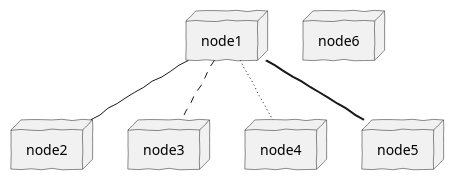
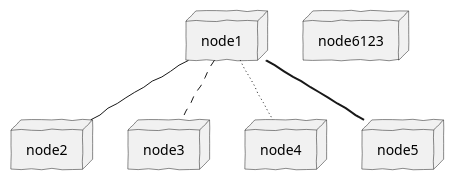
Before and after one commit to HugoFernandes2343/LAPR4_2017-2018: the diagram in docs/student-1133224/sp1/net.puml, drawn with PlantUML. The commit also changed 7 other files, not shown here.

Commit message:
Fixes incremental generation of puml diagrams.

```diff
--- a/docs/student-1133224/sp1/net.puml
+++ b/docs/student-1133224/sp1/net.puml
@@ -1,19 +1,19 @@
 @startuml net.png
 skinparam handwritten true
 skinparam monochrome true
 skinparam packageStyle rect
 skinparam defaultFontName FG Virgil
 skinparam shadowing false
 
 node node1
 node node2
 node node3
 node node4
 node node5
-node node6
+node node6123
 node1 -- node2
 node1 .. node3
 node1 ~~ node4
 node1 == node5
 
 @enduml
```
